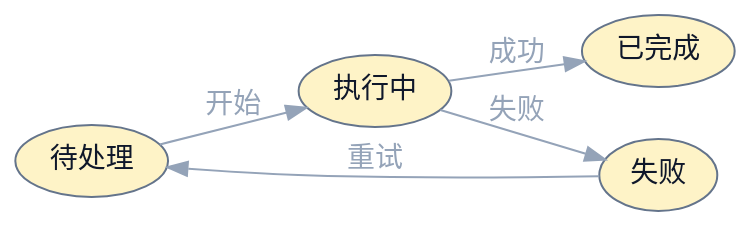
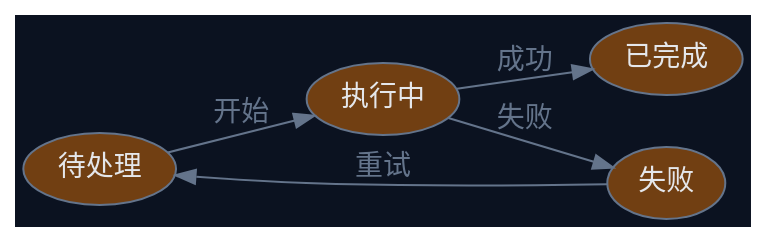
The third of 5 diagrams in skills/draw-dot/references/patterns.md (terencefan/inority-workspace), drawn with Graphviz before and after one commit. The commit also changed other lines of this file and 45 other files, not shown here.

````diff
--- a/skills/draw-dot/references/patterns.md
+++ b/skills/draw-dot/references/patterns.md
@@ -70,17 +70,17 @@
 ```dot
 digraph G {
-  graph [fontname="Noto Sans CJK SC", rankdir=LR, bgcolor="transparent"];
-  node [fontname="Noto Sans CJK SC", shape=ellipse, style="filled", color="#64748b", fontcolor="#0f172a", fillcolor="#fef3c7"];
-  edge [fontname="Noto Sans CJK SC", color="#94a3b8", fontcolor="#94a3b8"];
+  graph [fontname="Noto Sans CJK SC", rankdir=LR, bgcolor="#0b1220"];
+  node [fontname="Noto Sans CJK SC", shape=ellipse, style="filled", color="#64748b", fontcolor="#e5e7eb", fillcolor="#713f12"];
+  edge [fontname="Noto Sans CJK SC", color="#64748b", fontcolor="#64748b"];
 
   pending [label="待处理"];
   running [label="执行中"];
   success [label="已完成"];
   failed [label="失败"];
 
   pending -> running [label="开始"];
   running -> success [label="成功"];
   running -> failed [label="失败"];
   failed -> pending [label="重试"];
 }
 ```
````
